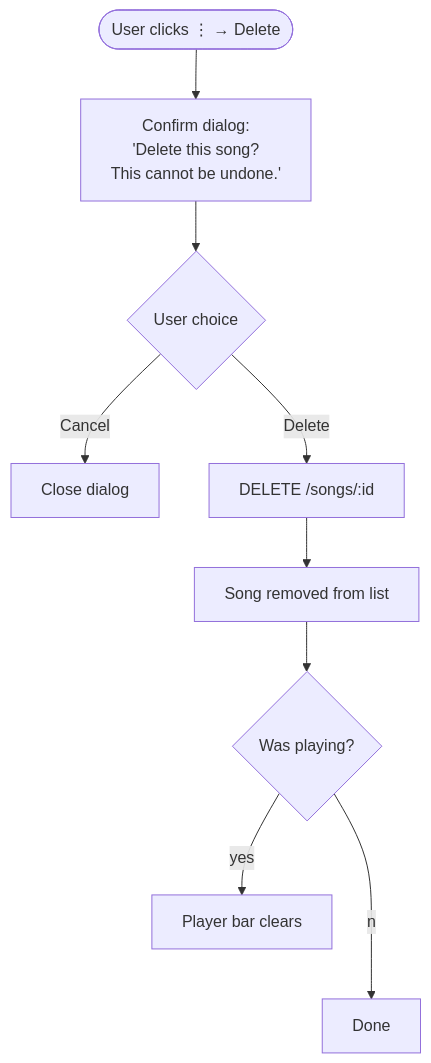
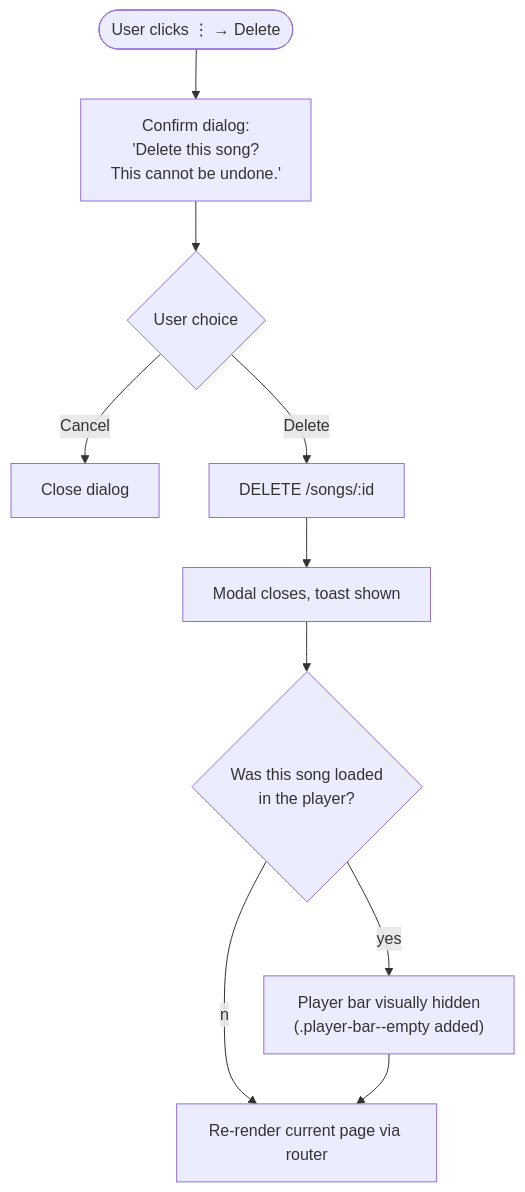
Before and after one commit to KarthikUdyawar/melo: diagram 13 of 15 in docs/USER-FLOW.md, drawn with Mermaid. The commit also changed other lines of this file and 26 other files, not shown here.

````diff
--- a/docs/USER-FLOW.md
+++ b/docs/USER-FLOW.md
@@ -211,11 +225,12 @@
 ```mermaid
 flowchart TD
     A([User clicks ⋮ → Delete]) --> B["Confirm dialog:\n'Delete this song?\nThis cannot be undone.'"]
     B --> C{User choice}
     C --Cancel--> D[Close dialog]
     C --Delete--> E["DELETE /songs/:id"]
-    E --> F[Song removed from list]
-    F --> G{Was playing?}
-    G --yes--> H[Player bar clears]
-    G --no--> I[Done]
+    E --> F[Modal closes, toast shown]
+    F --> G{Was this song loaded\nin the player?}
+    G --yes--> H["Player bar visually hidden\n(.player-bar--empty added)"]
+    G --no--> I[Re-render current page via router]
+    H --> I
 ```
````
